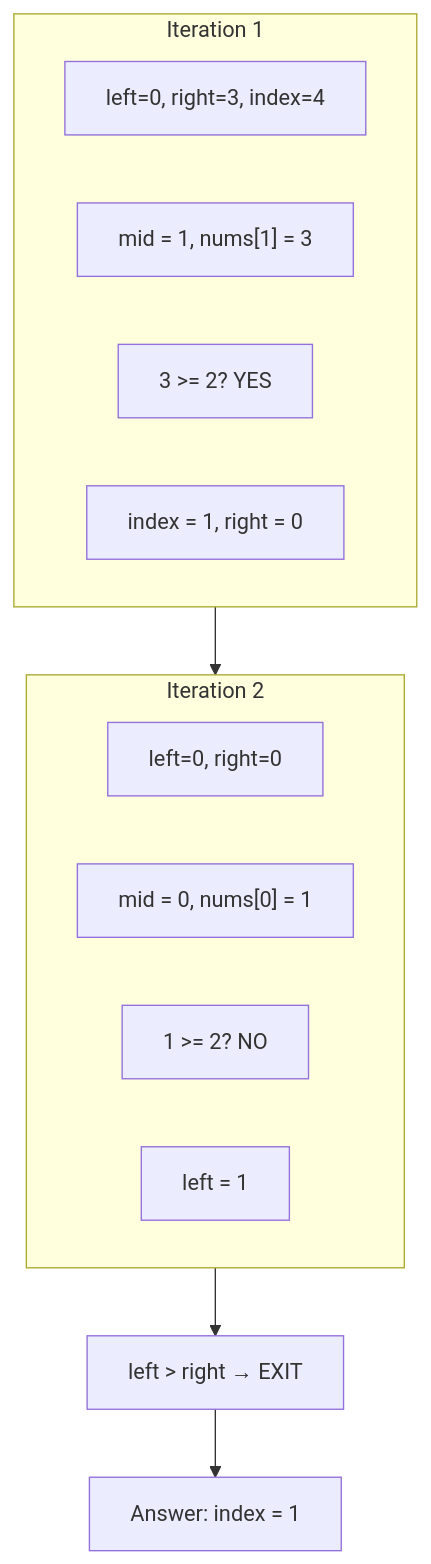
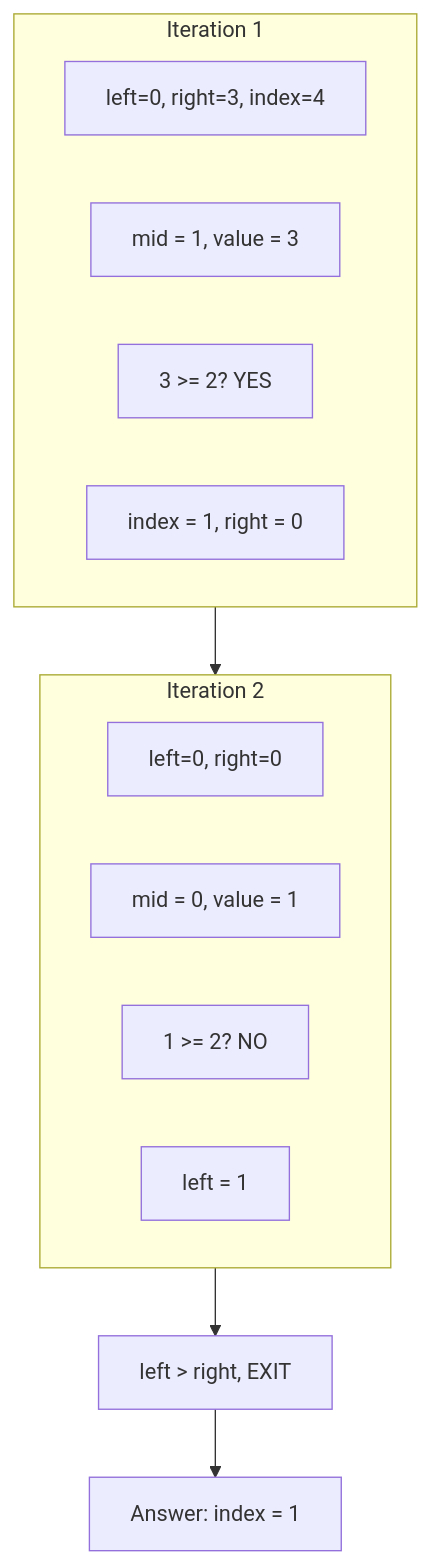
One commit to pentoshi007/tuf changed the third of 14 diagrams in dsa/Advanced/04-Binary search/02-logic-building/logic-building-1.md. Above: the diagram before and after it, drawn with Mermaid. The commit also changed other lines of this file and 1 other file, not shown here.

First line of the commit message:
Fix Mermaid diagram syntax for GitHub compatibility

````diff
--- a/dsa/Advanced/04-Binary search/02-logic-building/logic-building-1.md
+++ b/dsa/Advanced/04-Binary search/02-logic-building/logic-building-1.md
@@ -126,19 +126,19 @@
 ```mermaid
 flowchart TB
     subgraph Iter1["Iteration 1"]
         A1["left=0, right=3, index=4"]
-        A2["mid = 1, nums[1] = 3"]
+        A2["mid = 1, value = 3"]
         A3["3 >= 2? YES"]
         A4["index = 1, right = 0"]
     end
     
     subgraph Iter2["Iteration 2"]
         B1["left=0, right=0"]
-        B2["mid = 0, nums[0] = 1"]
+        B2["mid = 0, value = 1"]
         B3["1 >= 2? NO"]
         B4["left = 1"]
     end
     
-    Iter1 --> Iter2 --> C["left > right → EXIT"]
+    Iter1 --> Iter2 --> C["left > right, EXIT"]
     C --> D["Answer: index = 1"]
 ```
````
